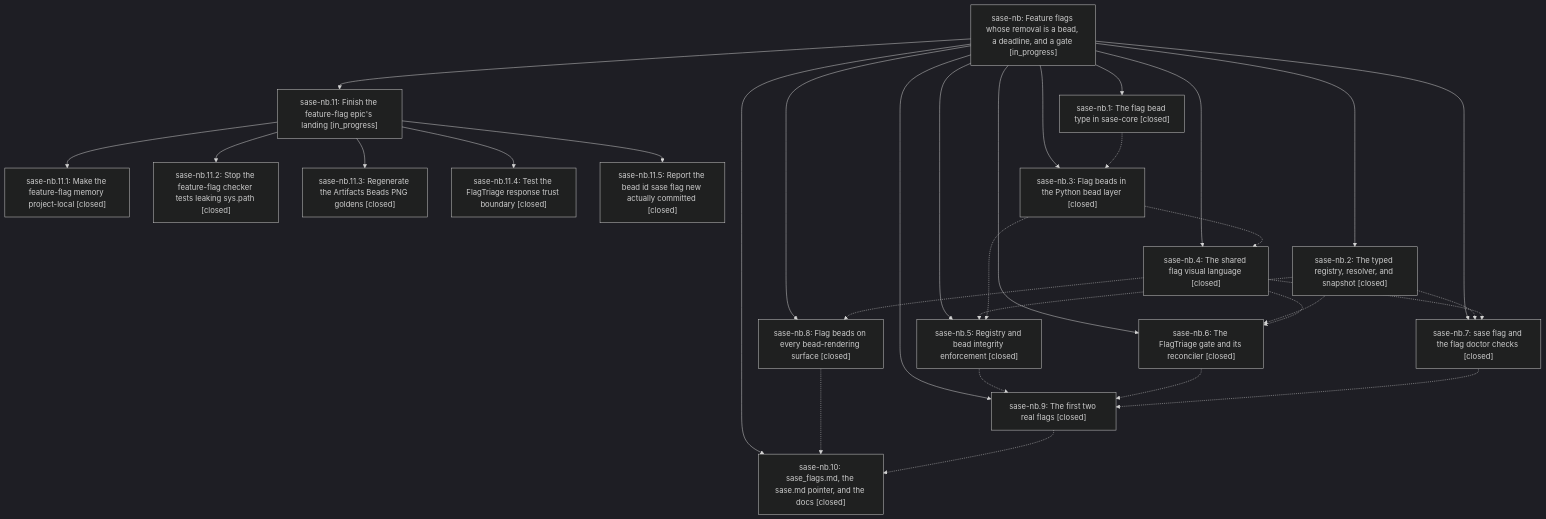
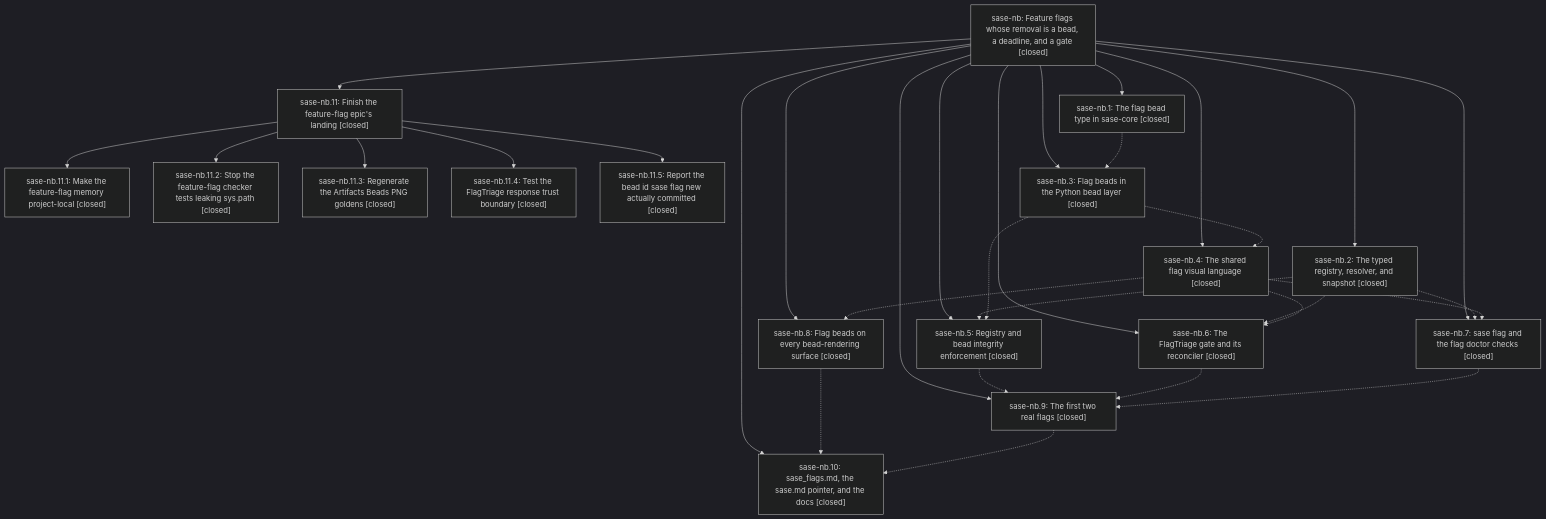
The diagram in pages/sase-nb/README.md (sase-org/sase--beads), drawn with Mermaid (dark theme) before and after one commit. The commit also changed other lines of this file and 1 other file, not shown here.

First line of the commit message:
chore(beads): sync bead state and pages for sase-nb

````diff
--- a/pages/sase-nb/README.md
+++ b/pages/sase-nb/README.md
@@ -98,50 +98,50 @@
 ```mermaid
 flowchart TD
-    n0["sase-nb: Feature flags whose removal is a bead, a deadline, and a gate [in_progress]"]
+    n0["sase-nb: Feature flags whose removal is a bead, a deadline, and a gate [closed]"]
     n1["sase-nb.1: The flag bead type in sase-core [closed]"]
     n2["sase-nb.10: sase_flags.md, the sase.md pointer, and the docs [closed]"]
-    n3["sase-nb.11: Finish the feature-flag epic's landing [in_progress]"]
+    n3["sase-nb.11: Finish the feature-flag epic's landing [closed]"]
     n4["sase-nb.11.1: Make the feature-flag memory project-local [closed]"]
     n5["sase-nb.11.2: Stop the feature-flag checker tests leaking sys.path [closed]"]
     n6["sase-nb.11.3: Regenerate the Artifacts Beads PNG goldens [closed]"]
     n7["sase-nb.11.4: Test the FlagTriage response trust boundary [closed]"]
     n8["sase-nb.11.5: Report the bead id sase flag new actually committed [closed]"]
     n9["sase-nb.2: The typed registry, resolver, and snapshot [closed]"]
     n10["sase-nb.3: Flag beads in the Python bead layer [closed]"]
     n11["sase-nb.4: The shared flag visual language [closed]"]
     n12["sase-nb.5: Registry and bead integrity enforcement [closed]"]
     n13["sase-nb.6: The FlagTriage gate and its reconciler [closed]"]
     n14["sase-nb.7: sase flag and the flag doctor checks [closed]"]
     n15["sase-nb.8: Flag beads on every bead-rendering surface [closed]"]
     n16["sase-nb.9: The first two real flags [closed]"]
     n0 --> n1
     n0 --> n2
     n0 --> n3
     n3 --> n4
     n3 --> n5
     n3 --> n6
     n3 --> n7
     n3 --> n8
     n0 --> n9
     n0 --> n10
     n0 --> n11
     n0 --> n12
     n0 --> n13
     n0 --> n14
     n0 --> n15
     n0 --> n16
     n1 -.-> n10
     n9 -.-> n12
     n9 -.-> n13
     n9 -.-> n14
     n10 -.-> n11
     n10 -.-> n12
     n11 -.-> n13
     n11 -.-> n14
     n11 -.-> n15
     n12 -.-> n16
     n13 -.-> n16
     n14 -.-> n16
     n15 -.-> n2
     n16 -.-> n2
 ```
````
